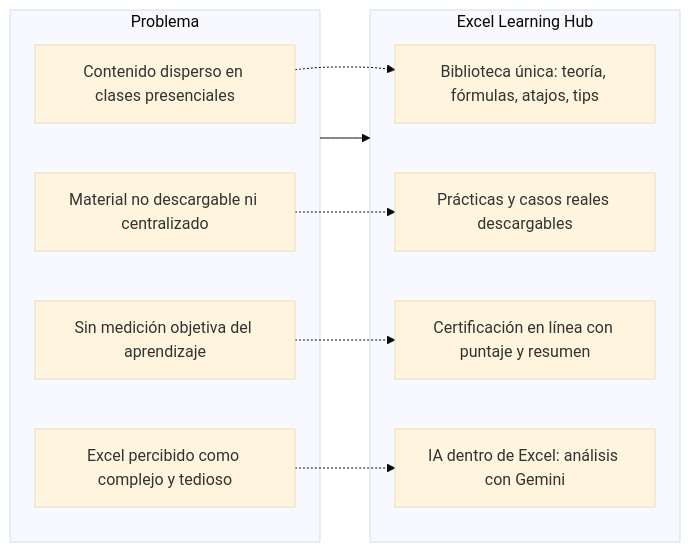
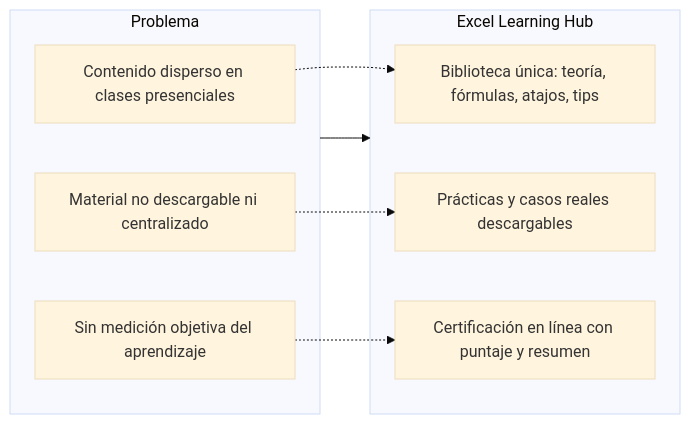
The first of 2 diagrams in docs/PROPUESTA_COMERCIAL.md (Samydex156/vanilla-blog-excel), drawn with Mermaid (base theme) before and after one commit. The commit also changed other lines of this file and 72 other files, not shown here.

````diff
--- a/docs/PROPUESTA_COMERCIAL.md
+++ b/docs/PROPUESTA_COMERCIAL.md
@@ -9,20 +9,17 @@
 ```mermaid
 graph LR
     subgraph Problema
         P1[Contenido disperso en clases presenciales]
         P2[Material no descargable ni centralizado]
         P3[Sin medición objetiva del aprendizaje]
-        P4[Excel percibido como complejo y tedioso]
     end
     subgraph Solucion[Excel Learning Hub]
         S1[Biblioteca única: teoría, fórmulas, atajos, tips]
         S2[Prácticas y casos reales descargables]
         S3[Certificación en línea con puntaje y resumen]
-        S4[IA dentro de Excel: análisis con Gemini]
     end
     Problema --> Solucion
     P1 -.-> S1
     P2 -.-> S2
     P3 -.-> S3
-    P4 -.-> S4
 ```
````
